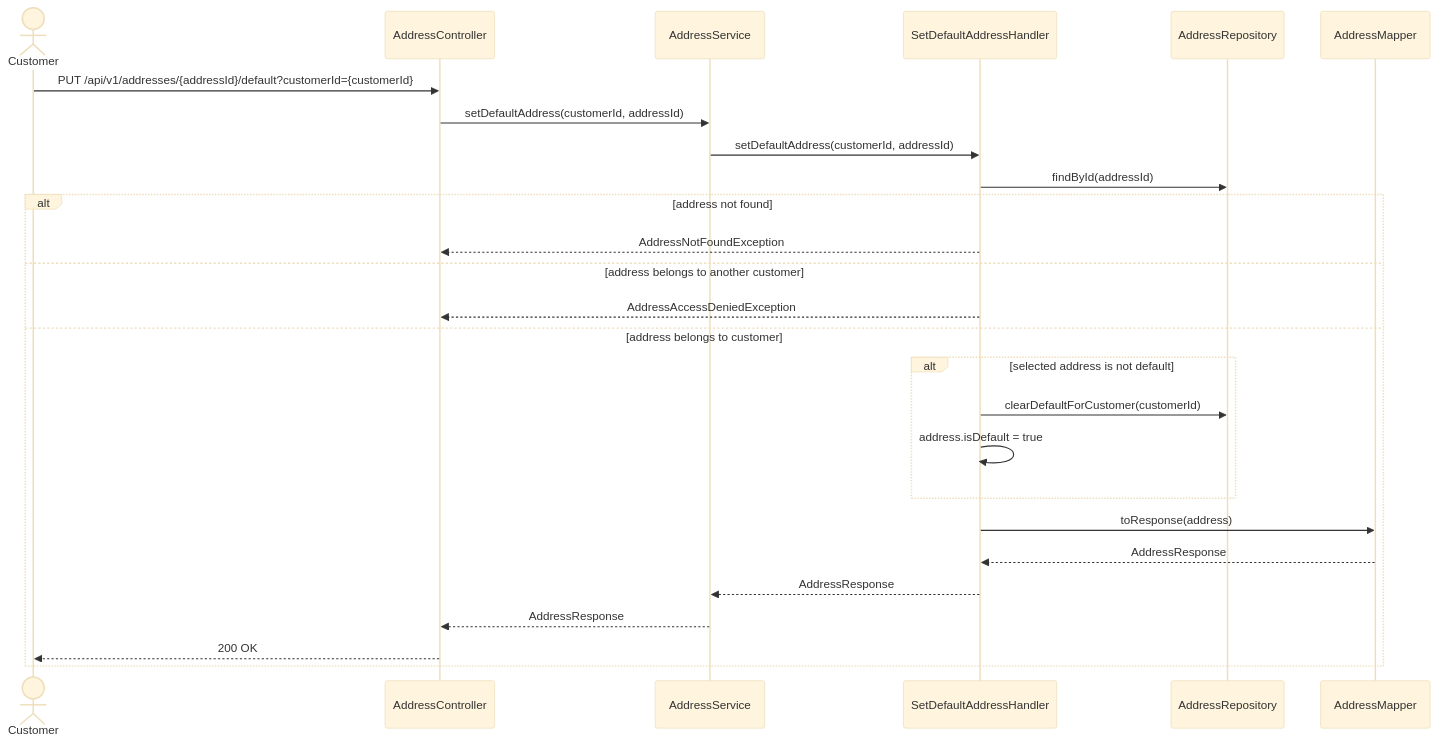
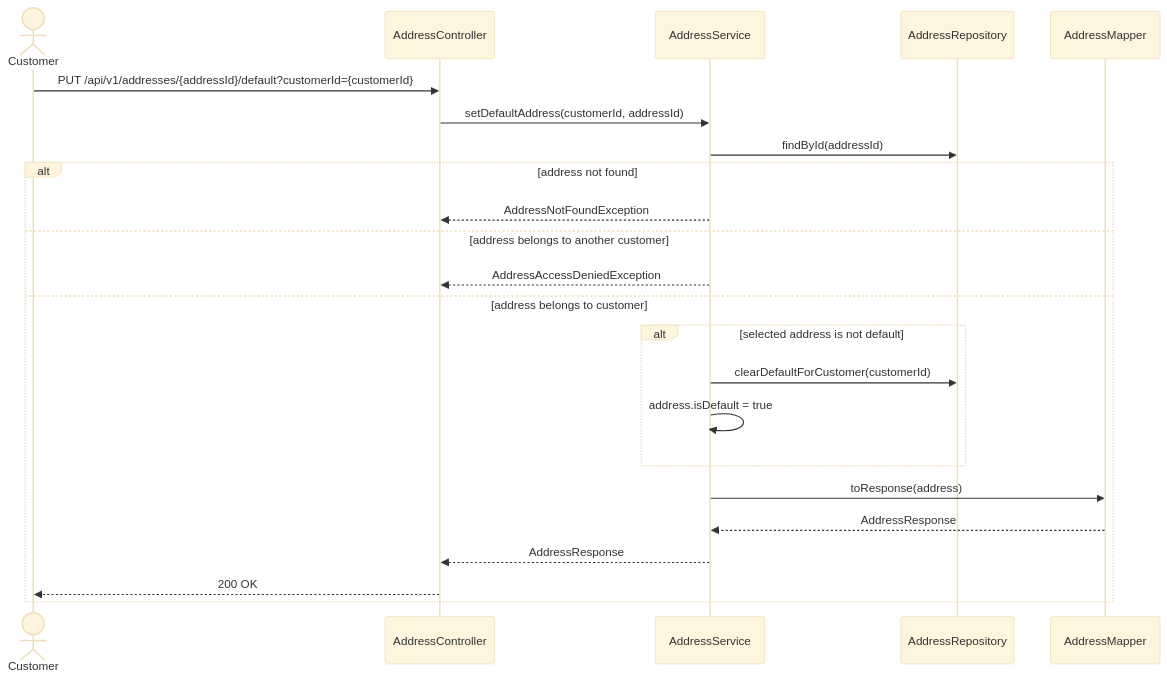
One commit to msmohammed0077-cmd/mentorship-restaurant changed the fourth of 5 diagrams in restaurant/.docs/use-cases/customer-management/address-management/sequence-diagrams.md. Above: the diagram before and after it, drawn with Mermaid (base theme). The commit also changed other lines of this file and 14 other files, not shown here.

````diff
--- a/restaurant/.docs/use-cases/customer-management/address-management/sequence-diagrams.md
+++ b/restaurant/.docs/use-cases/customer-management/address-management/sequence-diagrams.md
@@ -100,29 +91,26 @@
 ```mermaid
 sequenceDiagram
     actor Customer
     participant C as AddressController
-    participant S as AddressService
-    participant H as SetDefaultAddressHandler
+    participant H as AddressService
     participant Addresses as AddressRepository
     participant M as AddressMapper
 
     Customer->>C: PUT /api/v1/addresses/{addressId}/default?customerId={customerId}
-    C->>S: setDefaultAddress(customerId, addressId)
-    S->>H: setDefaultAddress(customerId, addressId)
+    C->>H: setDefaultAddress(customerId, addressId)
     H->>Addresses: findById(addressId)
     alt address not found
         H-->>C: AddressNotFoundException
     else address belongs to another customer
         H-->>C: AddressAccessDeniedException
     else address belongs to customer
         alt selected address is not default
             H->>Addresses: clearDefaultForCustomer(customerId)
             H->>H: address.isDefault = true
         end
         H->>M: toResponse(address)
         M-->>H: AddressResponse
-        H-->>S: AddressResponse
-        S-->>C: AddressResponse
+        H-->>C: AddressResponse
         C-->>Customer: 200 OK
     end
 ```
````
